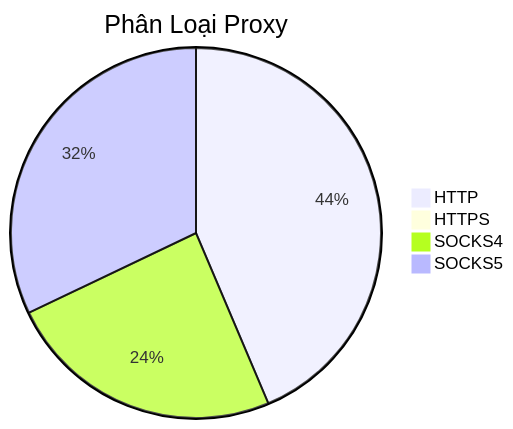
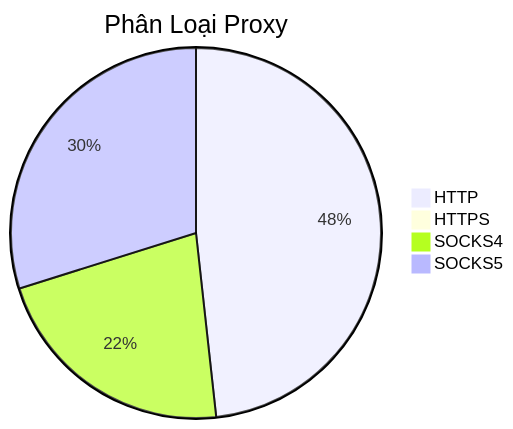
One commit to Ciara-12/PROXY-free changed the diagram in README.md. Above: the diagram before and after it, drawn with Mermaid. The commit also changed other lines of this file and 4 other files, not shown here.

````diff
--- a/README.md
+++ b/README.md
@@ -26,7 +26,7 @@
 ```mermaid
 pie title Phân Loại Proxy
-    "HTTP" : 802
-    "HTTPS" : 1
-    "SOCKS4" : 447
-    "SOCKS5" : 590
+    "HTTP" : 886
+    "HTTPS" : 0
+    "SOCKS4" : 402
+    "SOCKS5" : 548
 ```
````
